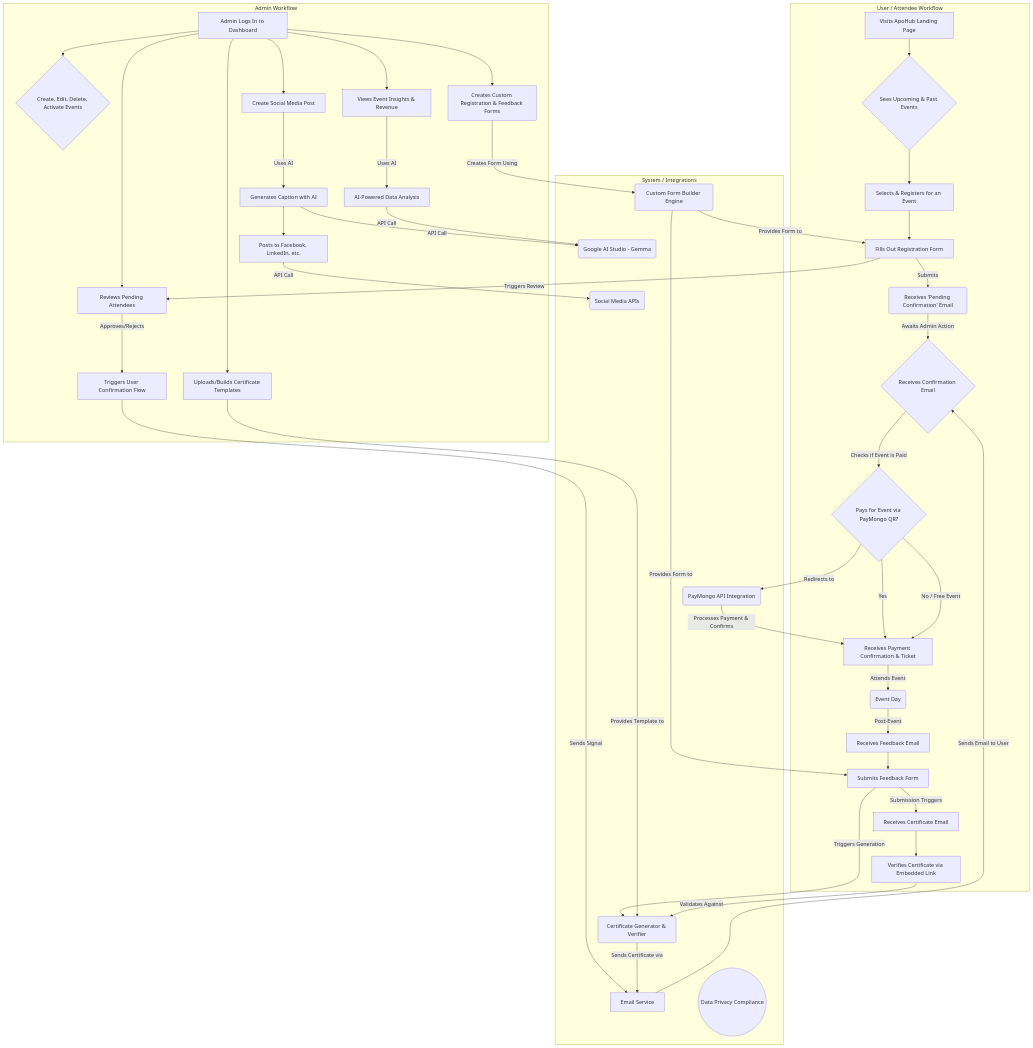
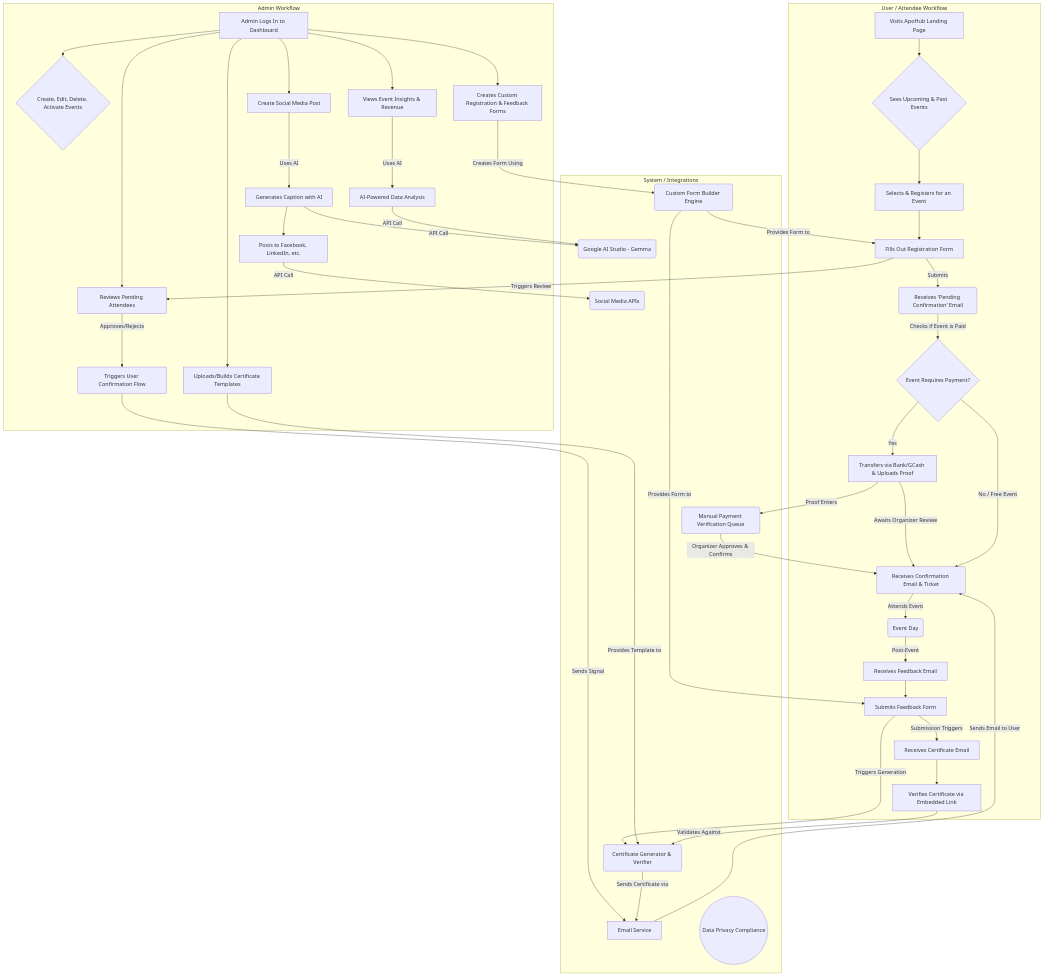
One commit to gdgdavao/teamapo-hub changed the diagram in docs/usrwrkflw.mermaid. Above: the diagram before and after it, drawn with Mermaid. The commit also changed 229 other files, not shown here.

```diff
--- a/docs/usrwrkflw.mermaid
+++ b/docs/usrwrkflw.mermaid
@@ -1,61 +1,61 @@
 graph TD
     subgraph User / Attendee Workflow
         A[Visits ApoHub Landing Page] --> B{Sees Upcoming & Past Events};
         B --> C[Selects & Registers for an Event];
         C --> D[Fills Out Registration Form];
         D -- Submits --> E(Receives 'Pending Confirmation' Email);
-        E -- Awaits Admin Action --> F{Receives Confirmation Email};
-        F -- Checks if Event is Paid --> G{Pays for Event via PayMongo QR?};
-        G -- Yes --> H[Receives Payment Confirmation & Ticket];
-        G -- No / Free Event --> H;
+        E -- Checks if Event is Paid --> F{Event Requires Payment?};
+        F -- Yes --> G[Transfers via Bank/GCash & Uploads Proof];
+        G -- Awaits Organizer Review --> H[Receives Confirmation Email & Ticket];
+        F -- No / Free Event --> H;
         H -- Attends Event --> I(Event Day);
         I -- Post-Event --> J[Receives Feedback Email];
         J --> K[Submits Feedback Form];
         K -- Submission Triggers --> L[Receives Certificate Email];
         L --> M[Verifies Certificate via Embedded Link];
     end
 
     subgraph Admin Workflow
         Admin_Dashboard[Admin Logs In to Dashboard]
         Admin_Dashboard --> Manage_Events{Create, Edit, Delete, Activate Events};
         Admin_Dashboard --> Manage_Socials[Create Social Media Post];
         Manage_Socials -- Uses AI --> AI_Caption[Generates Caption with AI];
         AI_Caption --> Post_Socials[Posts to Facebook, LinkedIn, etc.];
         Admin_Dashboard --> Review_Attendees[Reviews Pending Attendees];
         Review_Attendees -- Approves/Rejects --> Trigger_Confirmation_Email[Triggers User Confirmation Flow];
         Admin_Dashboard --> Manage_Forms[Creates Custom Registration & Feedback Forms];
         Admin_Dashboard --> Manage_Certs[Uploads/Builds Certificate Templates];
         Admin_Dashboard --> Insights[Views Event Insights & Revenue];
         Insights -- Uses AI --> AI_Insights[AI-Powered Data Analysis];
     end
 
     subgraph System / Integrations
         Sys_Email[Email Service]
-        Sys_PayMongo(PayMongo API Integration)
+        Sys_Payment(Manual Payment Verification Queue)
         Sys_Social(Social Media APIs)
         Sys_AI(Google AI Studio - Gemma)
         Sys_FormBuilder(Custom Form Builder Engine)
         Sys_CertGen(Certificate Generator & Verifier)
         Sys_DataPrivacy((Data Privacy Compliance))
     end
 
     %% --- Connections between Workflows ---
     D -- Triggers Review --> Review_Attendees;
     Trigger_Confirmation_Email -- Sends Signal --> Sys_Email;
-    Sys_Email -- Sends Email to User --> F;
+    Sys_Email -- Sends Email to User --> H;
 
-    G -- Redirects to --> Sys_PayMongo;
-    Sys_PayMongo -- Processes Payment & Confirms --> H;
+    G -- Proof Enters --> Sys_Payment;
+    Sys_Payment -- Organizer Approves & Confirms --> H;
 
     K -- Triggers Generation --> Sys_CertGen;
     Manage_Certs -- Provides Template to --> Sys_CertGen;
     Sys_CertGen -- Sends Certificate via --> Sys_Email;
     M -- Validates Against --> Sys_CertGen;
 
     AI_Caption -- API Call --> Sys_AI;
     AI_Insights -- API Call --> Sys_AI;
     Post_Socials -- API Call --> Sys_Social;
 
     Manage_Forms -- Creates Form Using --> Sys_FormBuilder;
     Sys_FormBuilder -- Provides Form to --> D;
     Sys_FormBuilder -- Provides Form to --> K;
```
